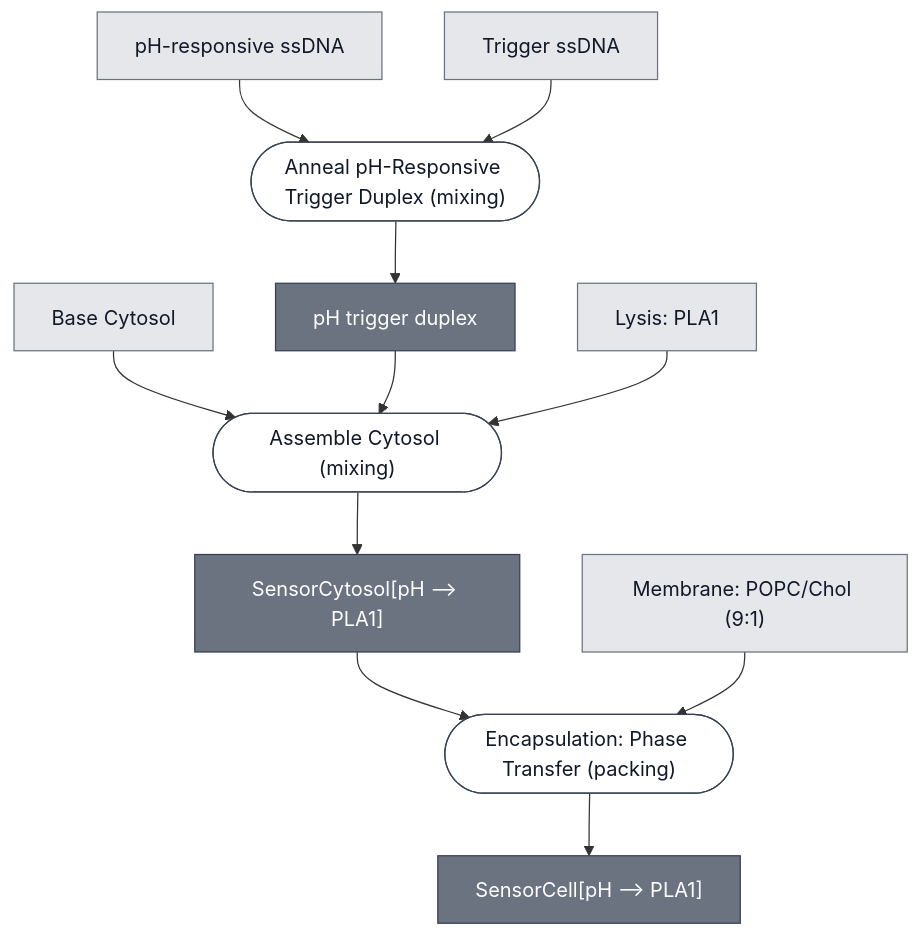
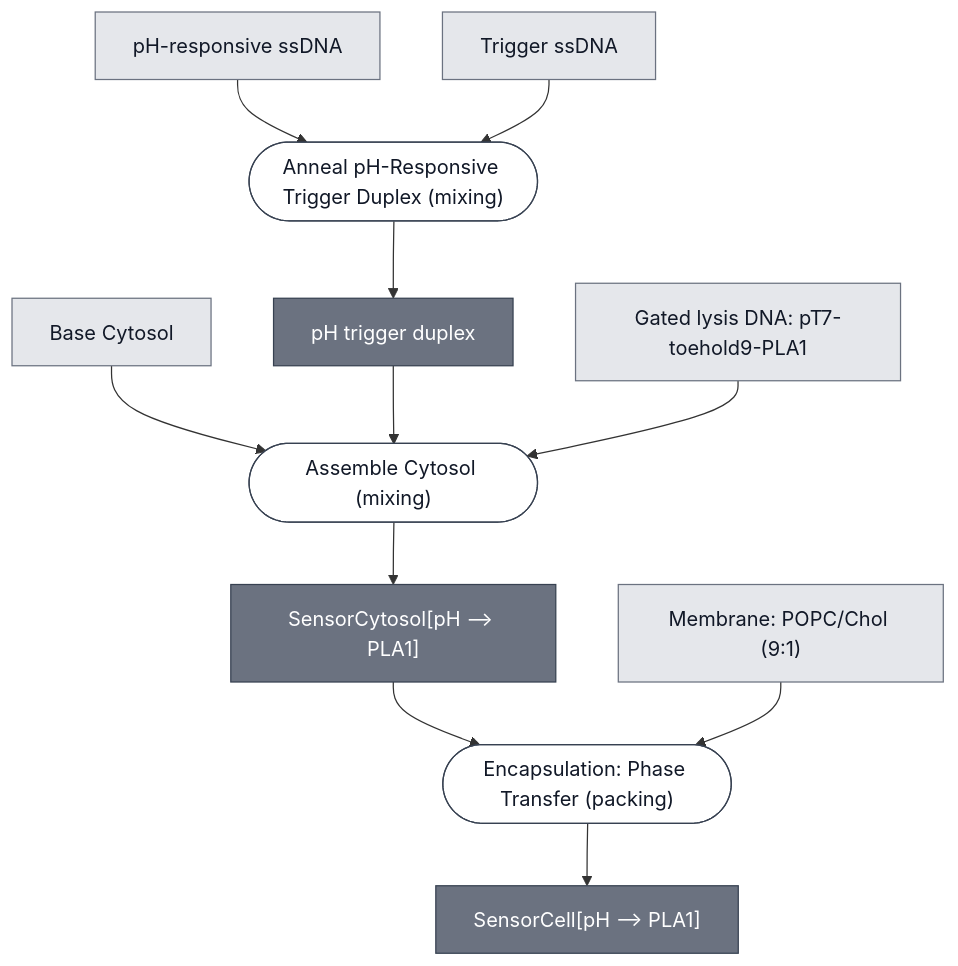
Before and after one commit to nucleus-eng/nucleus-docs: the diagram in docs/modules/ph-sensing-cell/spec.md, drawn with Mermaid. The commit also changed 22 other files, not shown here.

````diff
--- a/docs/modules/ph-sensing-cell/spec.md
+++ b/docs/modules/ph-sensing-cell/spec.md
@@ -29,46 +29,45 @@
 ```mermaid
 flowchart TD
     BASE_CYTOSOL["Base Cytosol"]
     PH_RESPONSIVE_SSDNA["pH-responsive ssDNA"]
     TRIGGER_SSDNA["Trigger ssDNA"]
-    EFFECTOR_PLA1["Lysis: PLA1"]
+    EFFECTOR_PLA1_TOEHOLD["Gated lysis DNA: pT7-toehold9-PLA1"]
     MEMBRANE_CHICAGO["Membrane: POPC/Chol (9:1)"]
 
     P1_ANNEAL_TRIGGER_DUPLEX_0(["Anneal pH-Responsive Trigger Duplex (mixing)"])
     PH_TRIGGER_DUPLEX["pH trigger duplex"]
     P2_ASSEMBLE_CYTOSOL_0(["Assemble Cytosol (mixing)"])
     PH_SENSOR_CYTOSOL["SensorCytosol[pH ⟶ PLA1]"]
     P3_ENCAPSULATE_0(["Encapsulation: Phase Transfer (packing)"])
     PH_SENSING_CELL["SensorCell[pH ⟶ PLA1]"]
 
     PH_RESPONSIVE_SSDNA --> P1_ANNEAL_TRIGGER_DUPLEX_0
     TRIGGER_SSDNA --> P1_ANNEAL_TRIGGER_DUPLEX_0
     P1_ANNEAL_TRIGGER_DUPLEX_0 --> PH_TRIGGER_DUPLEX
 
     BASE_CYTOSOL --> P2_ASSEMBLE_CYTOSOL_0
     PH_TRIGGER_DUPLEX --> P2_ASSEMBLE_CYTOSOL_0
-    EFFECTOR_PLA1 --> P2_ASSEMBLE_CYTOSOL_0
+    EFFECTOR_PLA1_TOEHOLD --> P2_ASSEMBLE_CYTOSOL_0
     P2_ASSEMBLE_CYTOSOL_0 --> PH_SENSOR_CYTOSOL
 
     PH_SENSOR_CYTOSOL --> P3_ENCAPSULATE_0
     MEMBRANE_CHICAGO --> P3_ENCAPSULATE_0
     P3_ENCAPSULATE_0 --> PH_SENSING_CELL
 
 
     classDef leaf     fill:#e5e7eb,stroke:#6b7280,color:#111827;
     classDef composed fill:#6b7280,stroke:#374151,color:#ffffff;
     classDef process  fill:#ffffff,stroke:#374151,color:#111827;
-    class BASE_CYTOSOL,PH_RESPONSIVE_SSDNA,TRIGGER_SSDNA,EFFECTOR_PLA1,MEMBRANE_CHICAGO leaf;
+    class BASE_CYTOSOL,PH_RESPONSIVE_SSDNA,TRIGGER_SSDNA,EFFECTOR_PLA1_TOEHOLD,MEMBRANE_CHICAGO leaf;
     class PH_TRIGGER_DUPLEX,PH_SENSOR_CYTOSOL,PH_SENSING_CELL composed;
     class P1_ANNEAL_TRIGGER_DUPLEX_0,P2_ASSEMBLE_CYTOSOL_0,P3_ENCAPSULATE_0 process;
 
     click BASE_CYTOSOL "/docs/modules/base-cytosol/spec"
-    click EFFECTOR_PLA1 "/docs/modules/effector-pla1/spec"
     click MEMBRANE_CHICAGO "/docs/modules/membrane-popc-chol-9-1/spec"
     click P1_ANNEAL_TRIGGER_DUPLEX_0 "/docs/processes/anneal-ph-trigger-duplex/main"
     click PH_TRIGGER_DUPLEX "/docs/modules/detector-ph/spec"
     click P2_ASSEMBLE_CYTOSOL_0 "/docs/processes/assemble-cytosol/assemble-cytosol-main"
     click PH_SENSOR_CYTOSOL "/docs/modules/ph-sensor-cytosol/spec"
     click P3_ENCAPSULATE_0 "/docs/processes/assemble-base-cell/main"
     click PH_SENSING_CELL "/docs/modules/ph-sensing-cell/spec"
 ```
````
